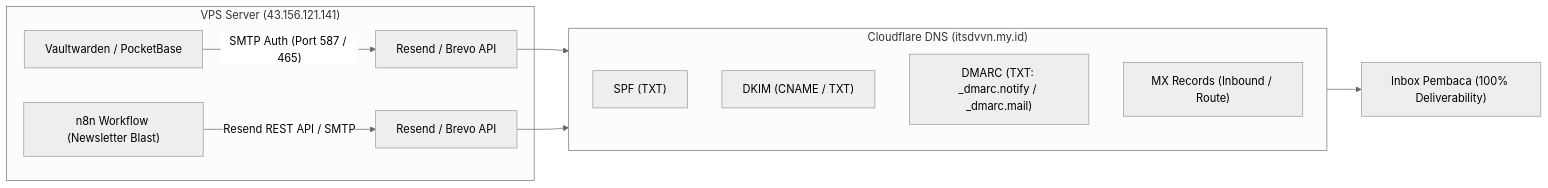
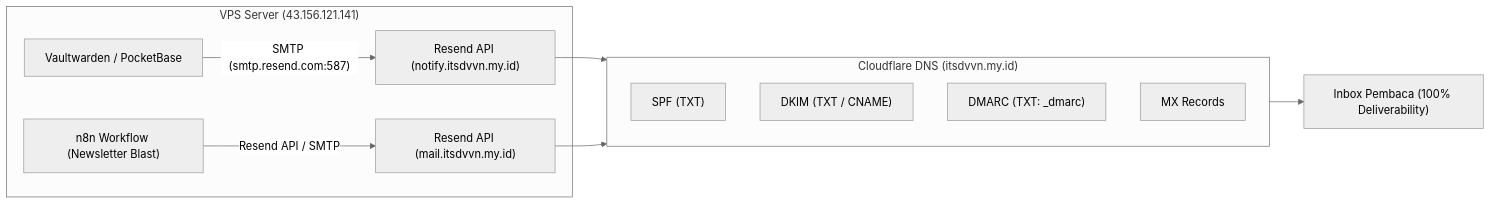
The second of 2 diagrams in PLANNING-V3.md (itsdvvn/yudi-portofolio-web), drawn with Mermaid (neutral theme) before and after one commit. The commit also changed other lines of this file, not shown here.

Commit message:
docs: finalize email provider to Resend in PLANNING-V3.md

````diff
--- a/PLANNING-V3.md
+++ b/PLANNING-V3.md
@@ -54,18 +54,18 @@
 ```mermaid
 flowchart LR
     subgraph VPS_Services["VPS Server (43.156.121.141)"]
-        VW["Vaultwarden / PocketBase"] -- "SMTP Auth (Port 587 / 465)" --> Resend_Tx["Resend / Brevo API"]
-        N8N["n8n Workflow (Newsletter Blast)"] -- "Resend REST API / SMTP" --> Resend_Mkt["Resend / Brevo API"]
+        VW["Vaultwarden / PocketBase"] -- "SMTP (smtp.resend.com:587)" --> Resend_Tx["Resend API (notify.itsdvvn.my.id)"]
+        N8N["n8n Workflow (Newsletter Blast)"] -- "Resend API / SMTP" --> Resend_Mkt["Resend API (mail.itsdvvn.my.id)"]
     end
 
     subgraph DNS_Cloudflare["Cloudflare DNS (itsdvvn.my.id)"]
         SPF["SPF (TXT)"]
-        DKIM["DKIM (CNAME / TXT)"]
-        DMARC["DMARC (TXT: _dmarc.notify / _dmarc.mail)"]
-        MX["MX Records (Inbound / Route)"]
+        DKIM["DKIM (TXT / CNAME)"]
+        DMARC["DMARC (TXT: _dmarc)"]
+        MX["MX Records"]
     end
 
     Resend_Tx --> DNS_Cloudflare
     Resend_Mkt --> DNS_Cloudflare
     DNS_Cloudflare --> Recipients["Inbox Pembaca (100% Deliverability)"]
 ```
````
